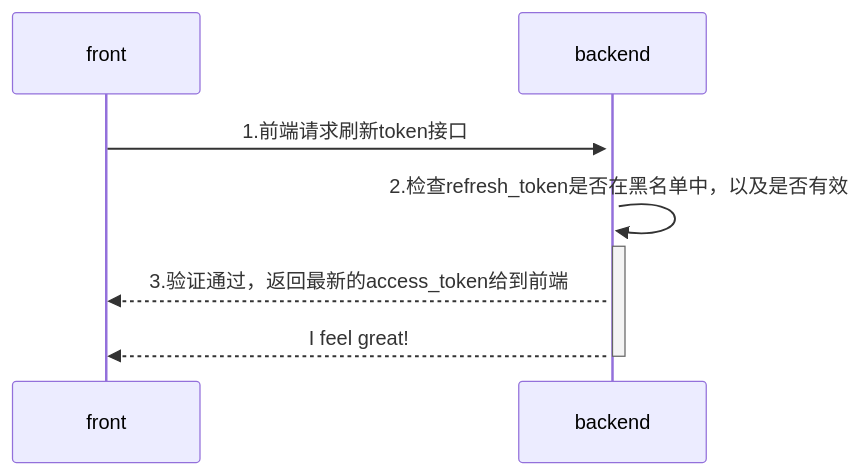
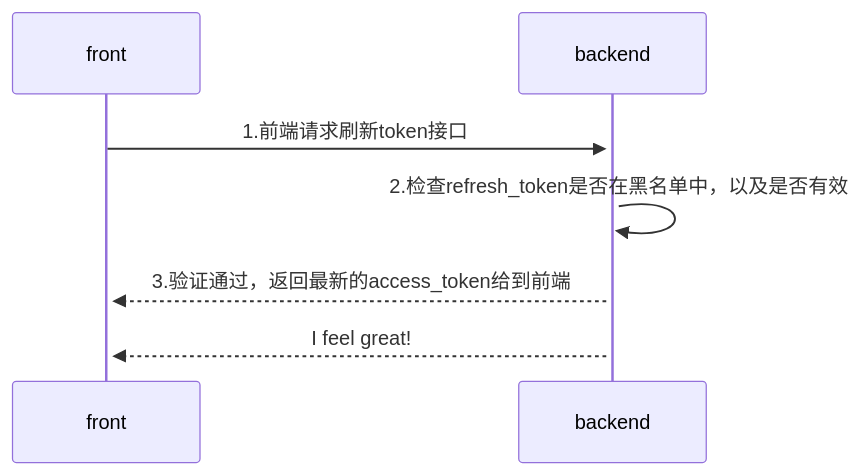
One commit to yingjianzh/iodraw-files changed the diagram in all/未命名-4.md. Above: the diagram before and after it, drawn with Mermaid.

Commit message:
2024-08-02 17:49:39 update

````diff
--- a/all/未命名-4.md
+++ b/all/未命名-4.md
@@ -1,8 +1,8 @@
 ```mermaid
 sequenceDiagram
     front->>+backend: 1.前端请求刷新token接口
     backend->>+backend: 2.检查refresh_token是否在黑名单中，以及是否有效
-    backend-->>front: 3.验证通过，返回最新的access_token给到前端
-    backend-->>-front: I feel great!
+    backend-->>+front: 3.验证通过，返回最新的access_token给到前端
+    backend-->>+front: I feel great!
             
 ```
````
